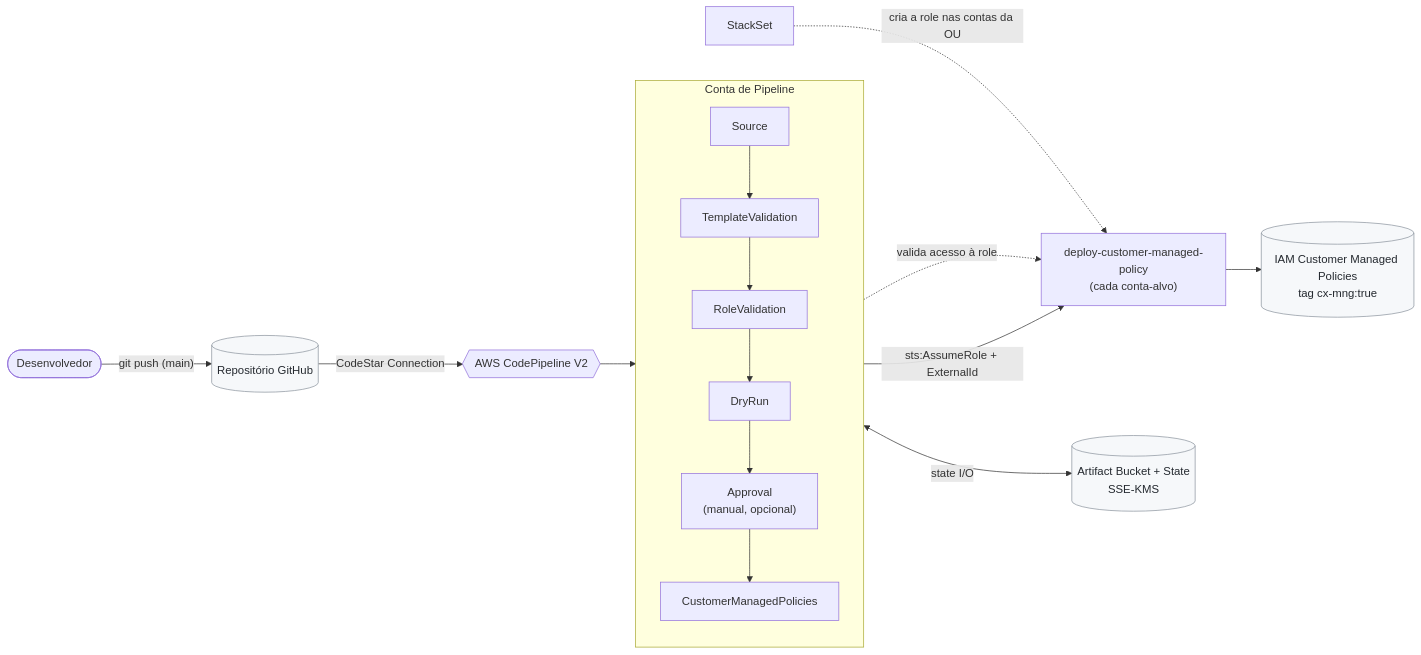
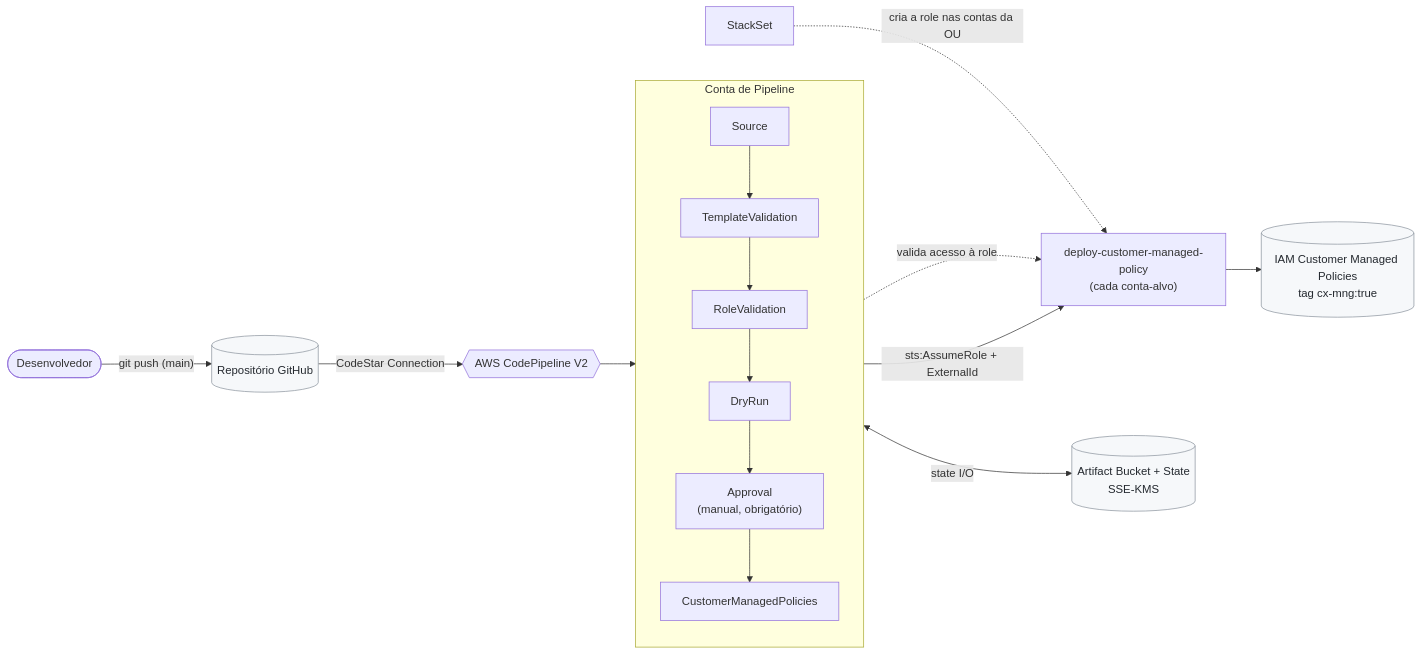
Before and after one commit to dennisasilva/iam-customer-managed-pipeline: the first of 2 diagrams in README.md, drawn with Mermaid. The commit also changed other lines of this file and 7 other files, not shown here.

````diff
--- a/README.md
+++ b/README.md
@@ -12,20 +12,20 @@
 ```mermaid
 flowchart LR
     Dev([Desenvolvedor]) -->|"git push (main)"| Repo[(Repositório GitHub)]
     Repo -->|CodeStar Connection| CP{{AWS CodePipeline V2}}
 
     subgraph Pipeline["Conta de Pipeline"]
       direction TB
-      S["Source"] --> TV["TemplateValidation"] --> RV["RoleValidation"] --> DR["DryRun"] --> AP["Approval<br/>(manual, opcional)"] --> CMP["CustomerManagedPolicies"]
+      S["Source"] --> TV["TemplateValidation"] --> RV["RoleValidation"] --> DR["DryRun"] --> AP["Approval<br/>(manual, obrigatório)"] --> CMP["CustomerManagedPolicies"]
     end
 
     CP --> S
     RV -. "valida acesso à role" .-> Role
     CMP -->|"sts:AssumeRole + ExternalId"| Role["deploy-customer-managed-policy<br/>(cada conta-alvo)"]
     Role --> IAM[("IAM Customer Managed Policies<br/>tag cx-mng:true")]
     CMP <-->|"state I/O"| S3[("Artifact Bucket + State<br/>SSE-KMS")]
     SS["StackSet"] -. "cria a role nas contas da OU" .-> Role
 
     classDef store fill:#f6f8fa,stroke:#8b949e,color:#24292f;
     class Repo,IAM,S3 store;
 ```
````
